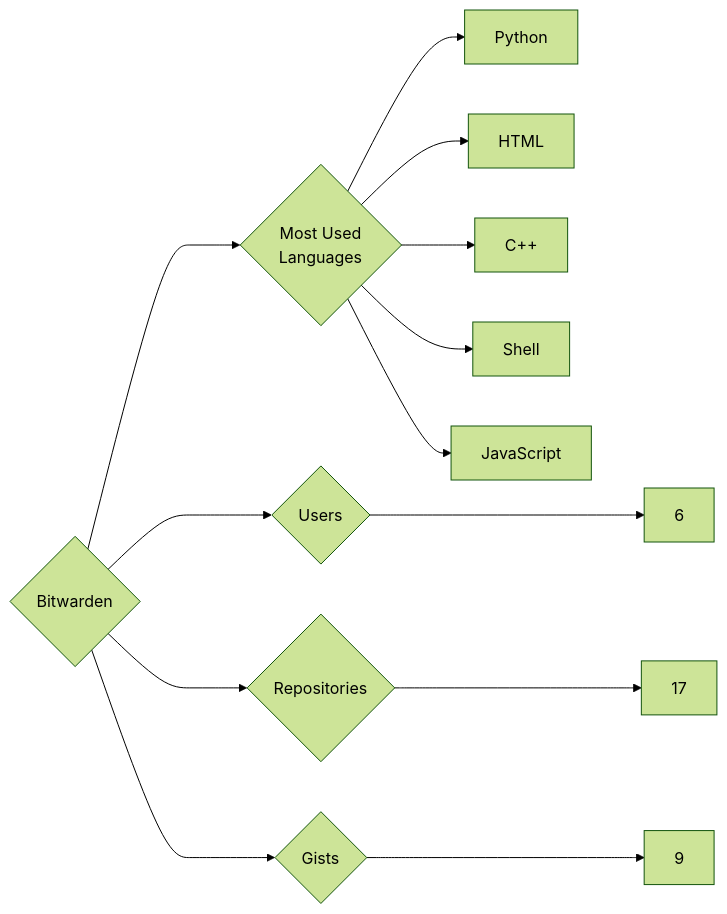
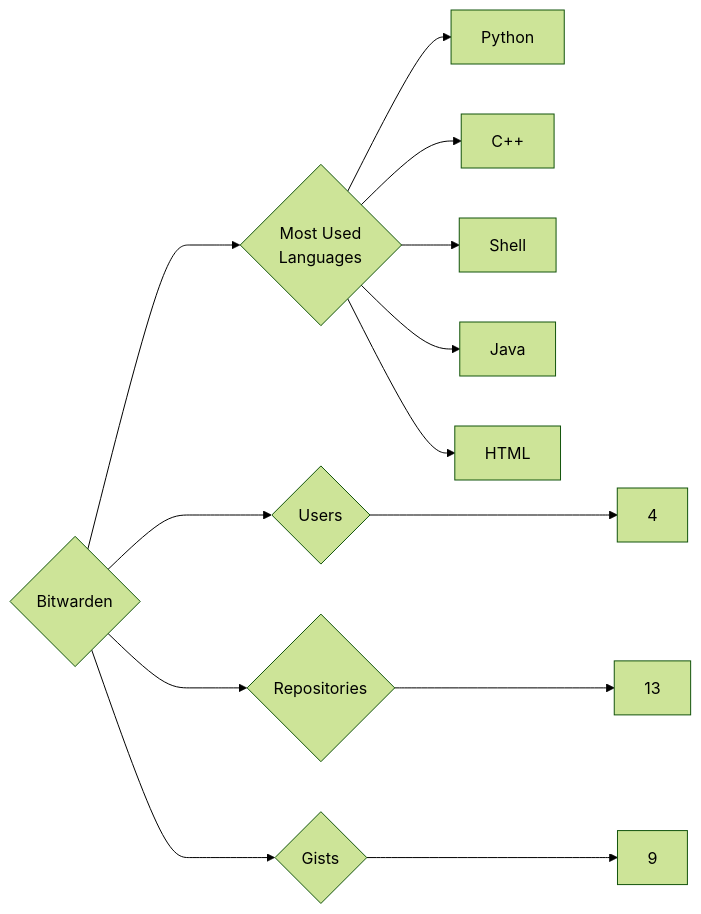
The diagram in targets/Bitwarden/README.md (trickest/insiders), drawn with Mermaid (forest theme) before and after one commit. The commit also changed 1055 other files, not shown here.

````diff
--- a/targets/Bitwarden/README.md
+++ b/targets/Bitwarden/README.md
@@ -3,13 +3,13 @@
 ```mermaid
 graph LR
 COMPANY_NAME{Bitwarden}
-COMPANY_NAME ---> U{Users} ---> UN[6]
-COMPANY_NAME ---> R{Repositories} ---> RN[17]
+COMPANY_NAME ---> U{Users} ---> UN[4]
+COMPANY_NAME ---> R{Repositories} ---> RN[13]
 COMPANY_NAME ---> G{Gists} ---> GN[9]
 COMPANY_NAME ---> ML{Most Used<br>Languages}
 ML --> Python[Python]
-ML --> HTML[HTML]
 ML --> C++[C++]
 ML --> Shell[Shell]
-ML --> JavaScript[JavaScript]
+ML --> Java[Java]
+ML --> HTML[HTML]
 ```
````
